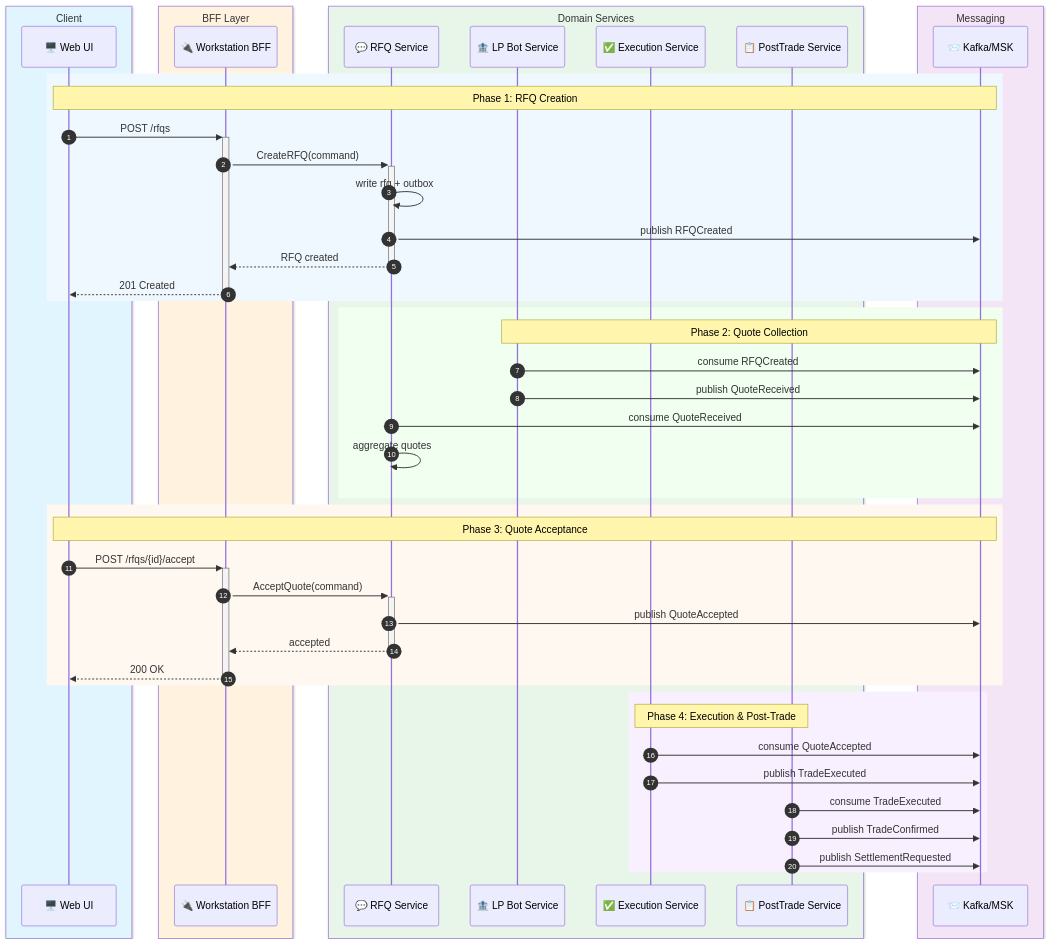
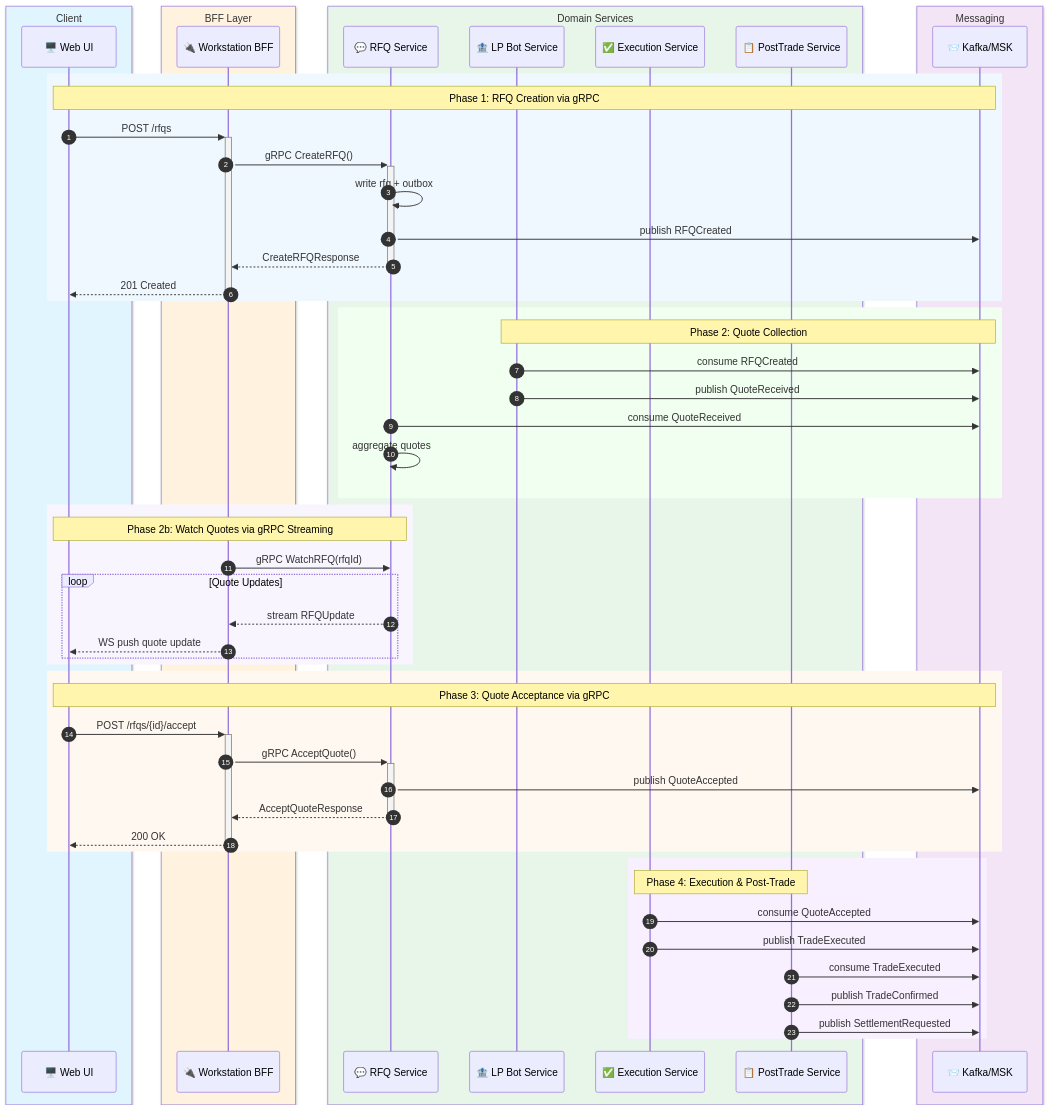
The fourth of 4 diagrams in PRD.md (oladejiayo/Orion), drawn with Mermaid before and after one commit. The commit also changed other lines of this file and 1 other file, not shown here.

First line of the commit message:
feat: introduce gRPC for internal service communication

````diff
--- a/PRD.md
+++ b/PRD.md
@@ -1057,55 +1173,64 @@
 ```mermaid
 sequenceDiagram
   autonumber
   box rgb(225, 245, 254) Client
     participant UI as 🖥️ Web UI
   end
   box rgb(255, 243, 224) BFF Layer
     participant BFF as 🔌 Workstation BFF
   end
   box rgb(232, 245, 233) Domain Services
     participant RFQ as 💬 RFQ Service
     participant LP as 🏦 LP Bot Service
     participant EX as ✅ Execution Service
     participant PT as 📋 PostTrade Service
   end
   box rgb(243, 229, 245) Messaging
     participant K as 📨 Kafka/MSK
   end
 
   rect rgb(240, 248, 255)
-    Note over UI,K: Phase 1: RFQ Creation
+    Note over UI,K: Phase 1: RFQ Creation via gRPC
     UI->>+BFF: POST /rfqs
-    BFF->>+RFQ: CreateRFQ(command)
+    BFF->>+RFQ: gRPC CreateRFQ()
     RFQ->>RFQ: write rfq + outbox
     RFQ->>K: publish RFQCreated
-    RFQ-->>-BFF: RFQ created
+    RFQ-->>-BFF: CreateRFQResponse
     BFF-->>-UI: 201 Created
   end
 
   rect rgb(240, 255, 240)
     Note over LP,K: Phase 2: Quote Collection
     LP->>K: consume RFQCreated
     LP->>K: publish QuoteReceived
     RFQ->>K: consume QuoteReceived
     RFQ->>RFQ: aggregate quotes
   end
 
+  rect rgb(248, 245, 255)
+    Note over UI,RFQ: Phase 2b: Watch Quotes via gRPC Streaming
+    BFF->>RFQ: gRPC WatchRFQ(rfqId)
+    loop Quote Updates
+      RFQ-->>BFF: stream RFQUpdate
+      BFF-->>UI: WS push quote update
+    end
+  end
+
   rect rgb(255, 248, 240)
-    Note over UI,K: Phase 3: Quote Acceptance
+    Note over UI,K: Phase 3: Quote Acceptance via gRPC
     UI->>+BFF: POST /rfqs/{id}/accept
-    BFF->>+RFQ: AcceptQuote(command)
+    BFF->>+RFQ: gRPC AcceptQuote()
     RFQ->>K: publish QuoteAccepted
-    RFQ-->>-BFF: accepted
+    RFQ-->>-BFF: AcceptQuoteResponse
     BFF-->>-UI: 200 OK
   end
 
   rect rgb(248, 240, 255)
     Note over EX,PT: Phase 4: Execution & Post-Trade
     EX->>K: consume QuoteAccepted
     EX->>K: publish TradeExecuted
     PT->>K: consume TradeExecuted
     PT->>K: publish TradeConfirmed
     PT->>K: publish SettlementRequested
   end
 ```
````
